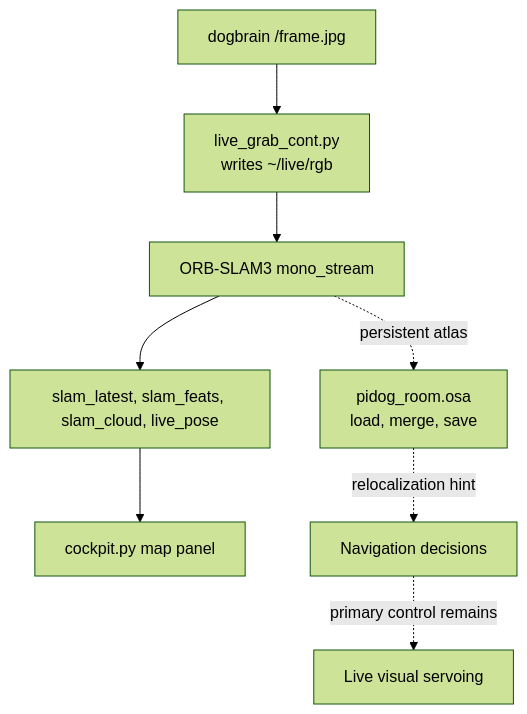
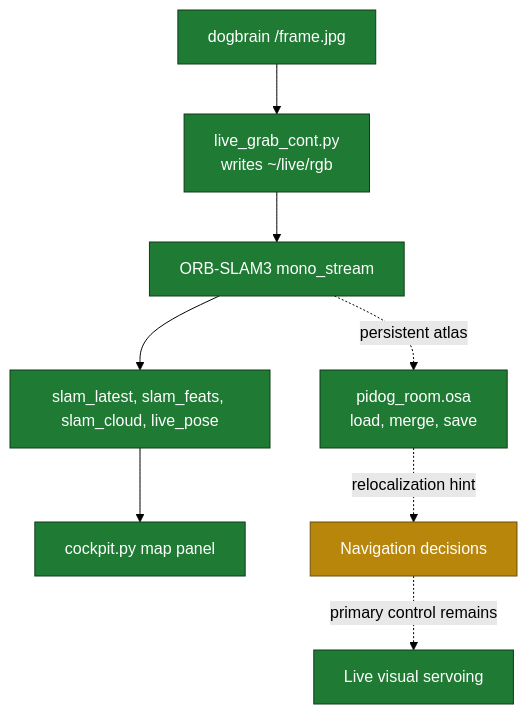
The fifth of 6 diagrams in ARCHITECTURE.md (alexbhandari/pidog-public), drawn with Mermaid (forest theme) before and after one commit. The commit also changed other lines of this file, not shown here.

Commit message:
sync public docs: OVERVIEW + STATUS + ARCHITECTURE (+ recordings) (2026-06-18)

````diff
--- a/ARCHITECTURE.md
+++ b/ARCHITECTURE.md
@@ -162,10 +194,14 @@
 ```mermaid
 flowchart TD
   Camera["dogbrain /frame.jpg"] --> Grabber["live_grab_cont.py<br/>writes ~/live/rgb"]
   Grabber --> ORB["ORB-SLAM3 mono_stream"]
   ORB --> Exports["slam_latest, slam_feats, slam_cloud, live_pose"]
   Exports --> Cockpit["cockpit.py map panel"]
   ORB -.->|persistent atlas| Memory["pidog_room.osa<br/>load, merge, save"]
   Memory -.->|relocalization hint| Navigation["Navigation decisions"]
   Navigation -.->|primary control remains| Servo["Live visual servoing"]
+  classDef proven fill:#1f7a33,stroke:#0f3d1a,color:#fff
+  classDef wip fill:#b8860b,stroke:#6b4f08,color:#fff
+  class Camera,Grabber,ORB,Exports,Cockpit,Memory,Servo proven
+  class Navigation wip
 ```
````
